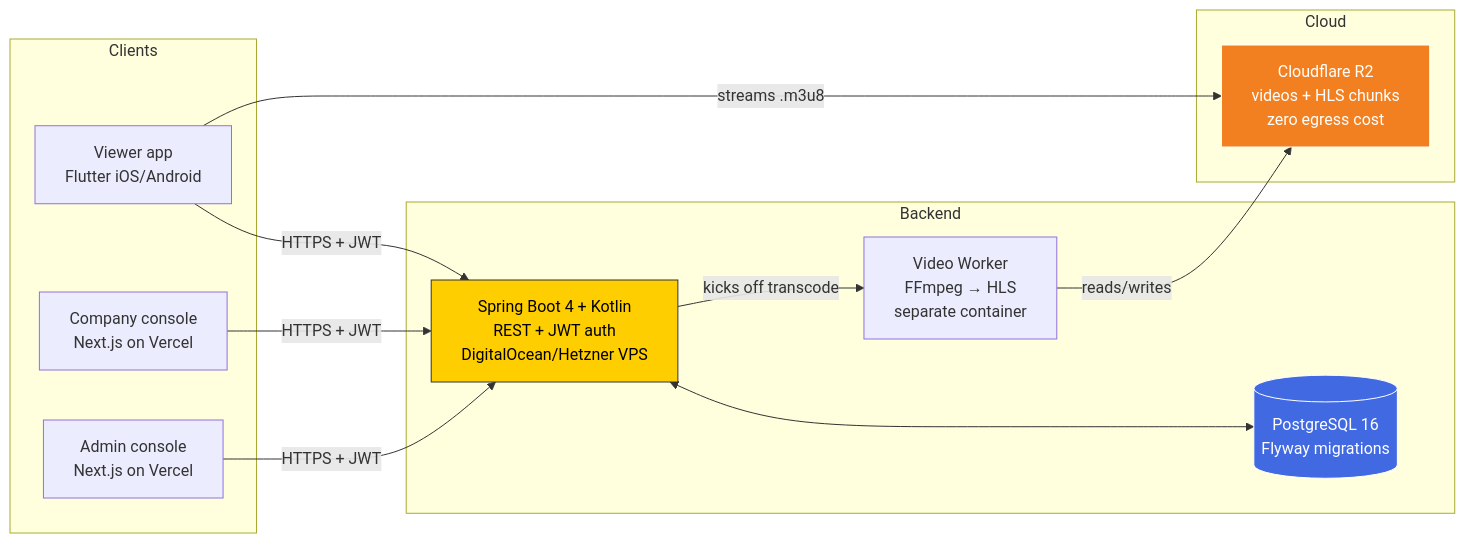
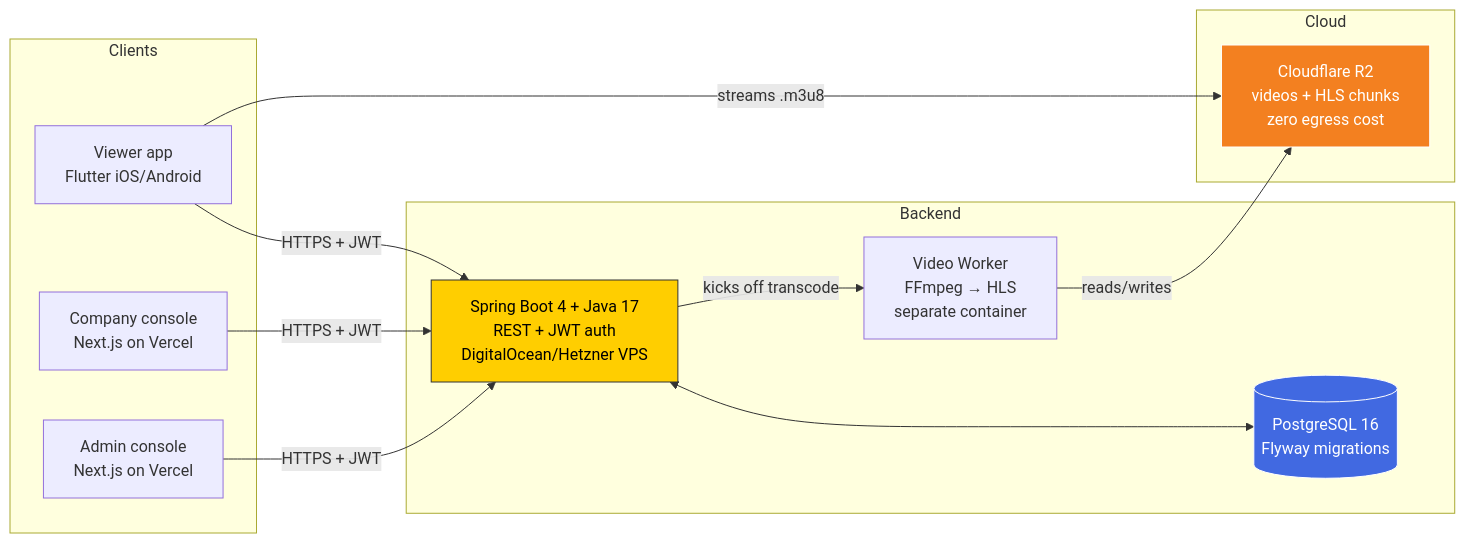
Before and after one commit to JustTuruu/Uziy: the first of 2 diagrams in README.md, drawn with Mermaid. The commit also changed other lines of this file and 200 other files, not shown here.

````diff
--- a/README.md
+++ b/README.md
@@ -115,30 +115,30 @@
 ```mermaid
 flowchart LR
     subgraph Clients
         V[Viewer app<br/>Flutter iOS/Android]
         C[Company console<br/>Next.js on Vercel]
         A[Admin console<br/>Next.js on Vercel]
     end
 
     subgraph Backend
-        API[Spring Boot 4 + Kotlin<br/>REST + JWT auth<br/>DigitalOcean/Hetzner VPS]
+        API[Spring Boot 4 + Java 17<br/>REST + JWT auth<br/>DigitalOcean/Hetzner VPS]
         DB[(PostgreSQL 16<br/>Flyway migrations)]
         W[Video Worker<br/>FFmpeg → HLS<br/>separate container]
     end
 
     subgraph Cloud
         R2[Cloudflare R2<br/>videos + HLS chunks<br/>zero egress cost]
     end
 
     V -- HTTPS + JWT --> API
     C -- HTTPS + JWT --> API
     A -- HTTPS + JWT --> API
     API <---> DB
     API -- kicks off transcode --> W
     W -- reads/writes --> R2
     V -- streams .m3u8 --> R2
 
     style API fill:#FFCE00,stroke:#333,color:#000
     style DB fill:#4169E1,stroke:#fff,color:#fff
     style R2 fill:#F38020,stroke:#fff,color:#fff
 ```
````
